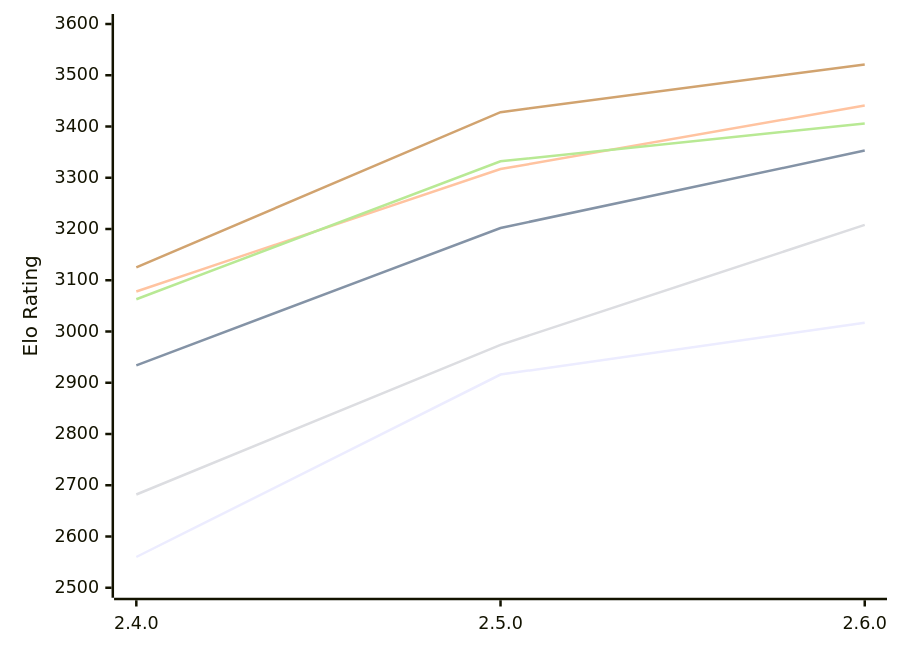
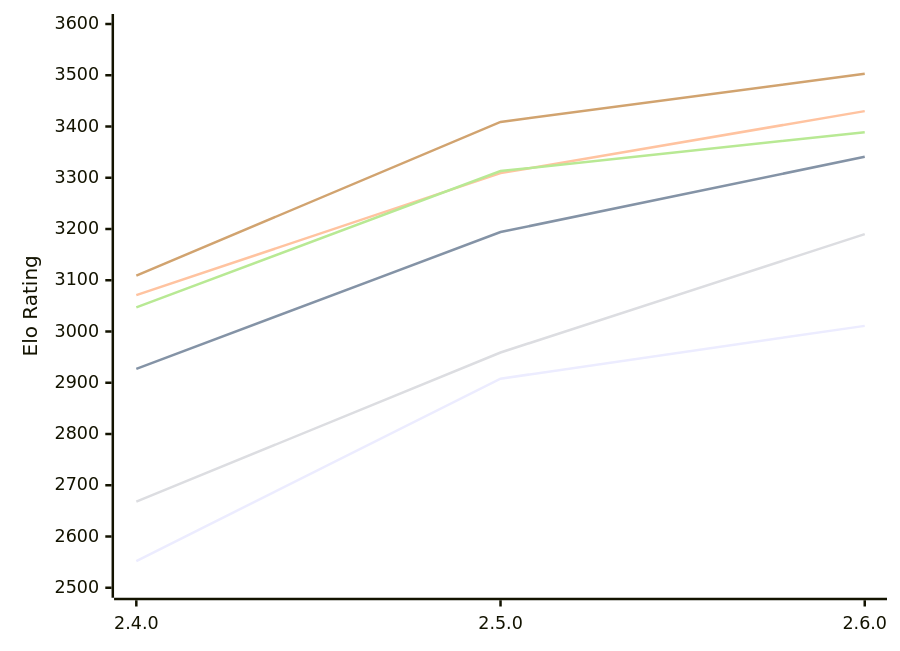
The diagram in engines/Rarog.md (computer-chess-index/cci), drawn with Mermaid before and after one commit. The commit also changed other lines of this file, not shown here.

Commit message:
Update CCI Ratings (ELO VLTC) - 2026-11-02

````diff
--- a/engines/Rarog.md
+++ b/engines/Rarog.md
@@ -51,12 +51,12 @@
 ```mermaid
 %%{init: {"theme":"base","themeVariables":{"seriesColors:['#a3a3a3','#222221','#faa371']}}}%%
 xychart-beta
   x-axis ["2.4.0", "2.5.0", "2.6.0"]
   y-axis "Elo Rating" 2500 --> 3600
-  line "E1: STC (8.0+0.08s)" [2560, 2916, 3017]
-  line "E1: LTC (60.0+0.60s)" [2934, 3202, 3353]
-  line "E1: VLTC (2m24s+1.12s)" [3078, 3317, 3441]
-  line "P1: STC (8.0+0.08s)" [2682, 2974, 3208]
-  line "P1: LTC (60.0+0.60s)" [3063, 3332, 3406]
-  line "P1: VLTC (2m24s+1.12s)" [3125, 3428, 3521]
+  line "E1: STC (8.0+0.08s)" [2552, 2908, 3011]
+  line "E1: LTC (60.0+0.60s)" [2927, 3194, 3341]
+  line "E1: VLTC (2m24s+1.12s)" [3071, 3309, 3430]
+  line "P1: STC (8.0+0.08s)" [2668, 2959, 3190]
+  line "P1: LTC (60.0+0.60s)" [3047, 3313, 3389]
+  line "P1: VLTC (2m24s+1.12s)" [3109, 3409, 3503]
 ```
````
